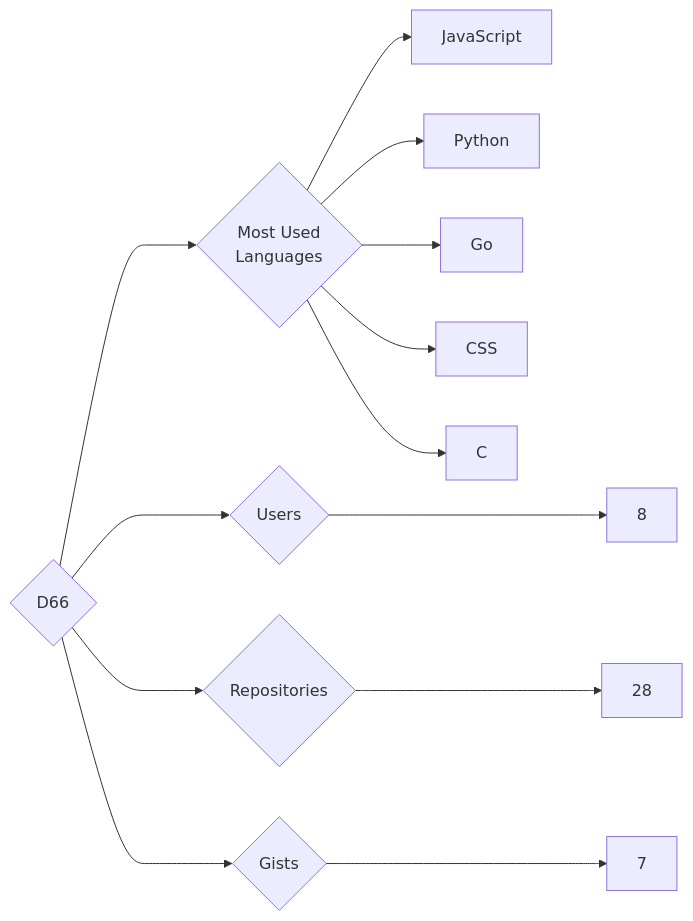
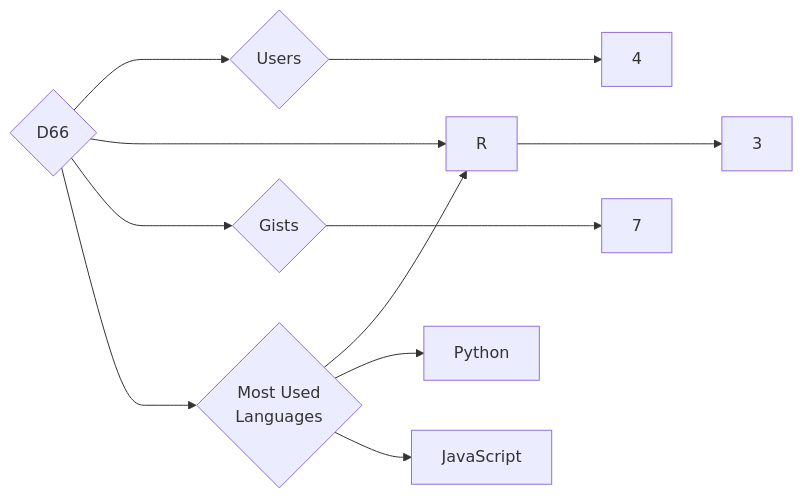
Before and after one commit to trickest/insiders: the diagram in targets/D66/README.md, drawn with Mermaid. The commit also changed 688 other files, not shown here.

````diff
--- a/targets/D66/README.md
+++ b/targets/D66/README.md
@@ -3,13 +3,11 @@
 ```mermaid
 graph LR
 COMPANY_NAME{D66}
-COMPANY_NAME ---> U{Users} ---> UN[8]
-COMPANY_NAME ---> R{Repositories} ---> RN[28]
+COMPANY_NAME ---> U{Users} ---> UN[4]
+COMPANY_NAME ---> R{Repositories} ---> RN[3]
 COMPANY_NAME ---> G{Gists} ---> GN[7]
 COMPANY_NAME ---> ML{Most Used<br>Languages}
+ML --> R[R]
+ML --> Python[Python]
 ML --> JavaScript[JavaScript]
-ML --> Python[Python]
-ML --> Go[Go]
-ML --> CSS[CSS]
-ML --> C[C]
 ```
````
